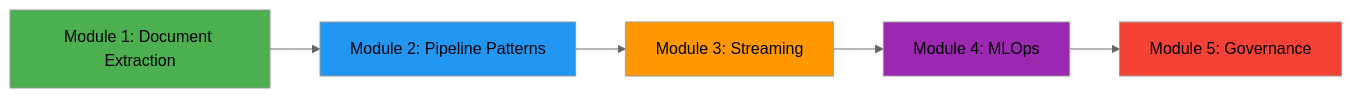
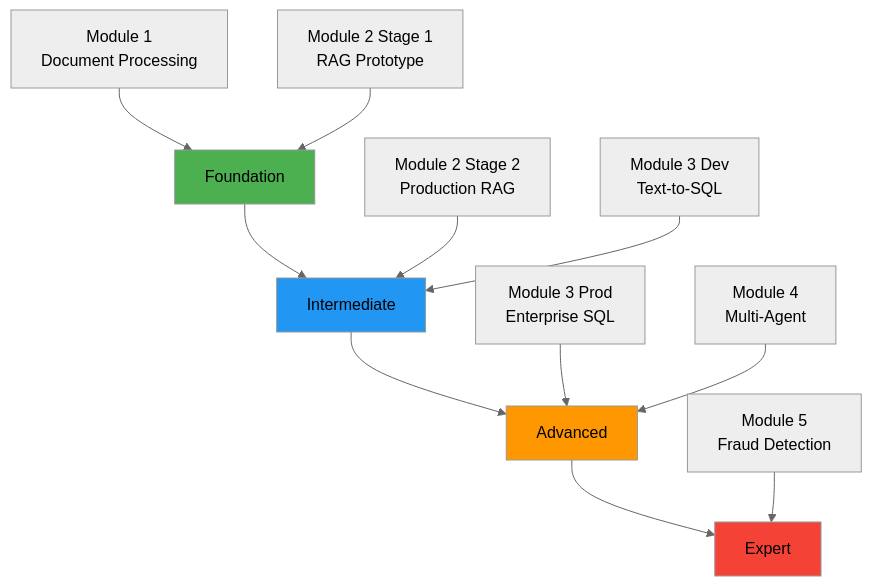
One commit to Devandersongarcia/ai-data-engineer-bootcamp changed the diagram in readme.md. Above: the diagram before and after it, drawn with Mermaid (neutral theme). The commit also changed other lines of this file, not shown here.

````diff
--- a/readme.md
+++ b/readme.md
@@ -213,13 +200,20 @@
 ```mermaid
-graph LR
-    A[Module 1: Document Extraction] --> B[Module 2: Pipeline Patterns]
-    B --> C[Module 3: Streaming]
-    C --> D[Module 4: MLOps]
-    D --> E[Module 5: Governance]
+graph TB
+    A[Foundation] --> B[Intermediate] --> C[Advanced] --> D[Expert]
+    
+    A1[Module 1<br/>Document Processing] --> A
+    A2[Module 2 Stage 1<br/>RAG Prototype] --> A
+    
+    B1[Module 2 Stage 2<br/>Production RAG] --> B
+    B2[Module 3 Dev<br/>Text-to-SQL] --> B
+    
+    C1[Module 3 Prod<br/>Enterprise SQL] --> C
+    C2[Module 4<br/>Multi-Agent] --> C
+    
+    D1[Module 5<br/>Fraud Detection] --> D
     
     style A fill:#4CAF50
     style B fill:#2196F3
     style C fill:#FF9800
-    style D fill:#9C27B0
-    style E fill:#F44336
+    style D fill:#F44336
 ```
````
